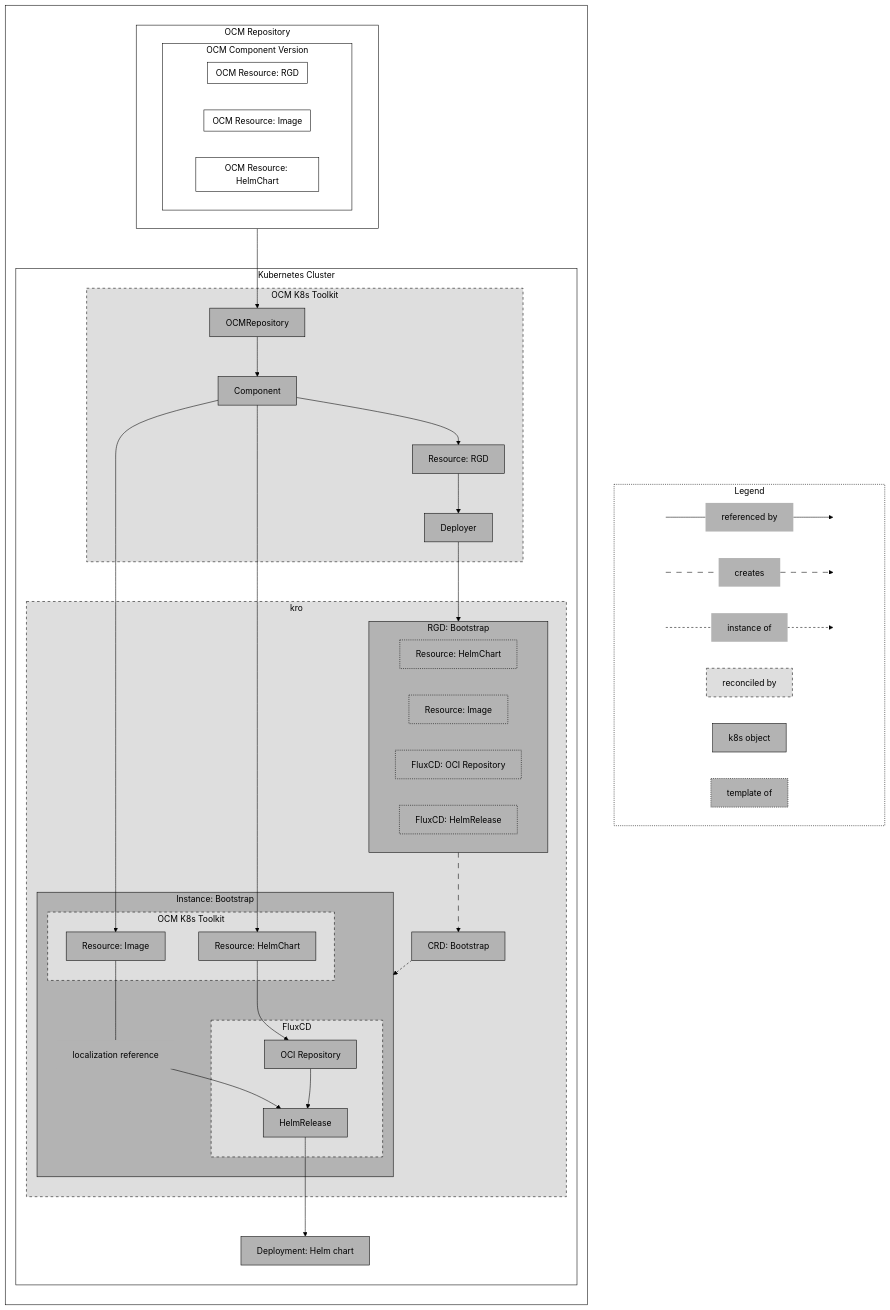
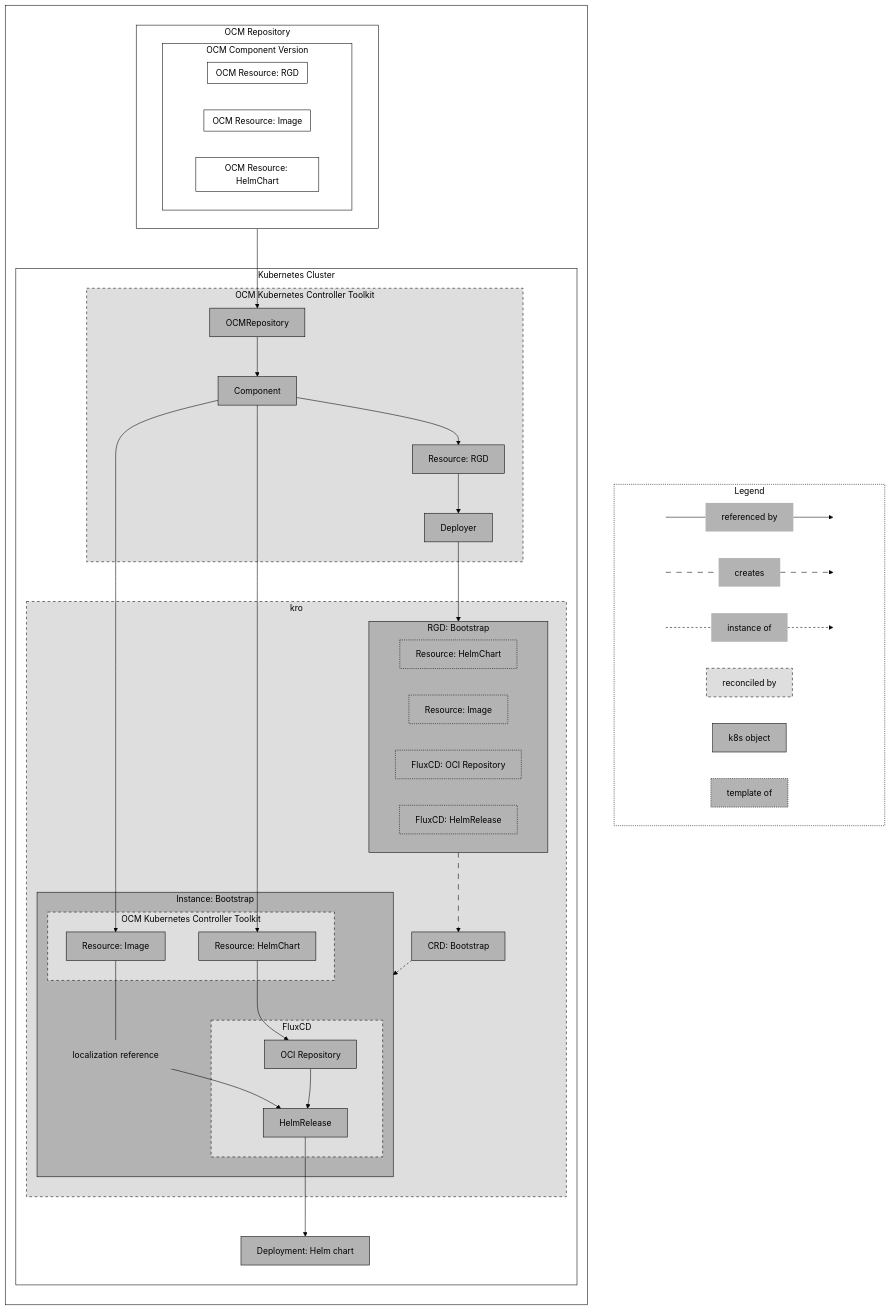
The diagram in kubernetes/controller/docs/getting-started/deploy-helm-chart-bootstrap.md (open-component-model/open-component-model), drawn with Mermaid before and after one commit. The commit also changed other lines of this file and 10 other files, not shown here.

```diff
--- a/kubernetes/controller/docs/getting-started/deploy-helm-chart-bootstrap.md
+++ b/kubernetes/controller/docs/getting-started/deploy-helm-chart-bootstrap.md
@@ -80,7 +80,7 @@
         end
 
         subgraph k8sCluster[Kubernetes Cluster]
-            subgraph bootstrap[OCM K8s Toolkit]
+            subgraph bootstrap[OCM Kubernetes Controller Toolkit]
                 k8sRepo[OCMRepository]
                 k8sComponent[Component]
                 k8sResourceRGD[Resource: RGD]
@@ -95,7 +95,7 @@
                 end
                 crdBootstrap[CRD: Bootstrap]
                 subgraph instanceBootstrap[Instance: Bootstrap]
-                    subgraph ocmK8sToolkit[OCM K8s Toolkit]
+                    subgraph ocmK8sToolkit[OCM Kubernetes Controller Toolkit]
                         k8sResourceHelm[Resource: HelmChart]
                         k8sResourceImage[Resource: Image]
                     end
```
